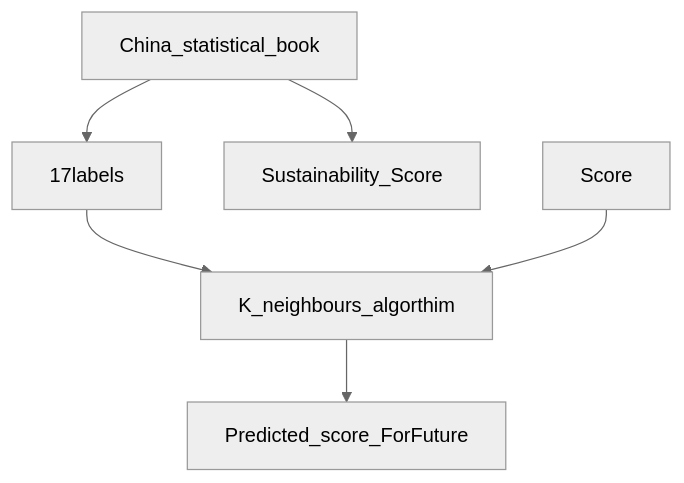
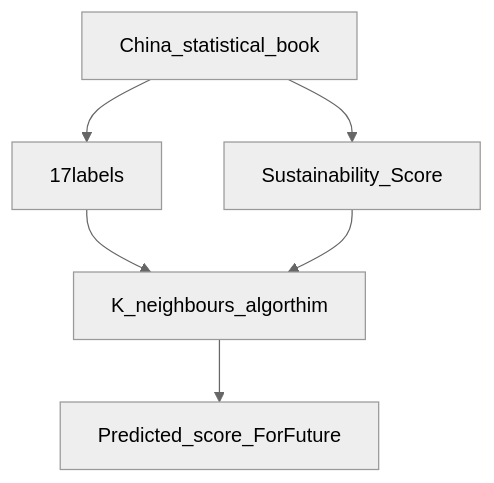
One commit to jcdasheng/China_City_sustainability changed the first of 2 diagrams in README.md. Above: the diagram before and after it, drawn with Mermaid (neutral theme).

````diff
--- a/README.md
+++ b/README.md
@@ -17,11 +17,11 @@
 ```mermaid
 graph TD;
     China_statistical_book-->17labels;
     China_statistical_book-->Sustainability_Score;
     17labels--> K_neighbours_algorthim;
-    Score--> K_neighbours_algorthim;
+    Sustainability_Score--> K_neighbours_algorthim;
     K_neighbours_algorthim--> Predicted_score_ForFuture;
     
     
     
 ```
````
